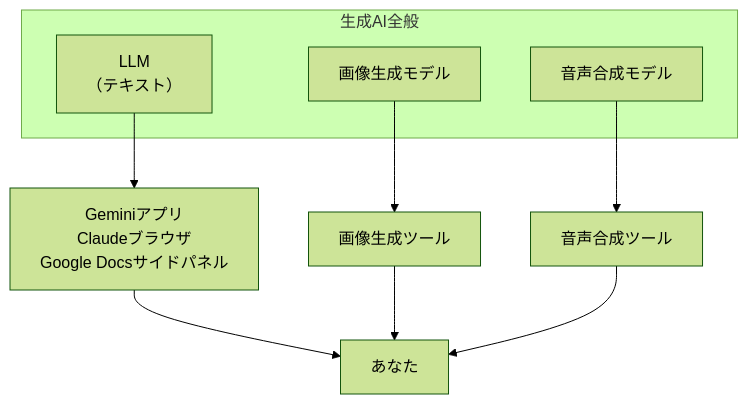
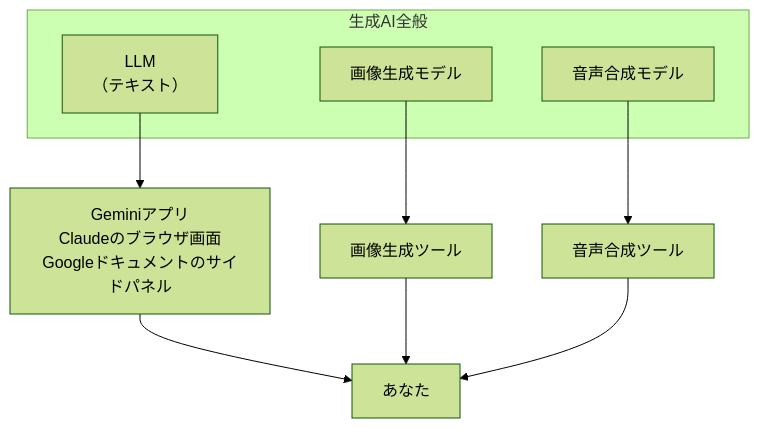
The second of 3 diagrams in docs/2-what-is-generative-ai.md (ma2saka/docs-claude-sample), drawn with Mermaid (forest theme) before and after one commit. The commit also changed other lines of this file, not shown here.

````diff
--- a/docs/2-what-is-generative-ai.md
+++ b/docs/2-what-is-generative-ai.md
@@ -53,14 +53,14 @@
 ```mermaid
 flowchart TB
     subgraph 生成AI全般
-        T[LLM\n（テキスト）]
-        I[画像生成モデル]
-        S[音声合成モデル]
+        T["LLM<br/>（テキスト）"]
+        I["画像生成モデル"]
+        S["音声合成モデル"]
     end
-    T --> U1["Geminiアプリ<br/>Claudeブラウザ<br/>Google Docsサイドパネル"]
+    T --> U1["Geminiアプリ<br/>Claudeのブラウザ画面<br/>Googleドキュメントのサイドパネル"]
     I --> U2["画像生成ツール"]
     S --> U3["音声合成ツール"]
     U1 --> H["あなた"]
     U2 --> H
     U3 --> H
 ```
````
